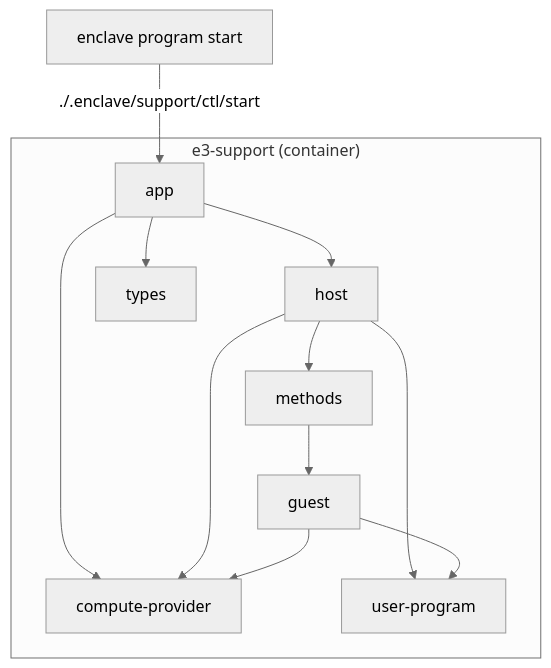
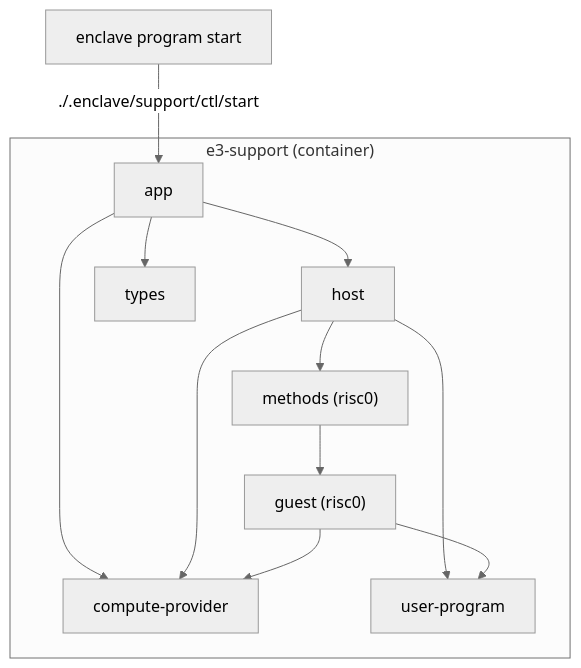
The diagram in crates/support/README.md (gnosisguild/enclave), drawn with Mermaid (neutral theme) before and after one commit.

Commit message:
Add risc0

````diff
--- a/crates/support/README.md
+++ b/crates/support/README.md
@@ -8,28 +8,28 @@
 ```mermaid
 graph TD
     A["enclave program start"]
     A -->|"./.enclave/support/ctl/start"| D
 
     subgraph C["e3-support (container)"]
         D["app"]
         E["host"]
         F["types"]
         G["compute-provider"]
-        H["methods"]
-        I["guest"]
+        H["methods (risc0)"]
+        I["guest (risc0)"]
         J["user-program"]
 
         D --> E
         D --> F
         D --> G
 
         E --> H
         E --> G
         E --> J
 
         H --> I
 
         I --> G
         I --> J
     end
 ```
````
